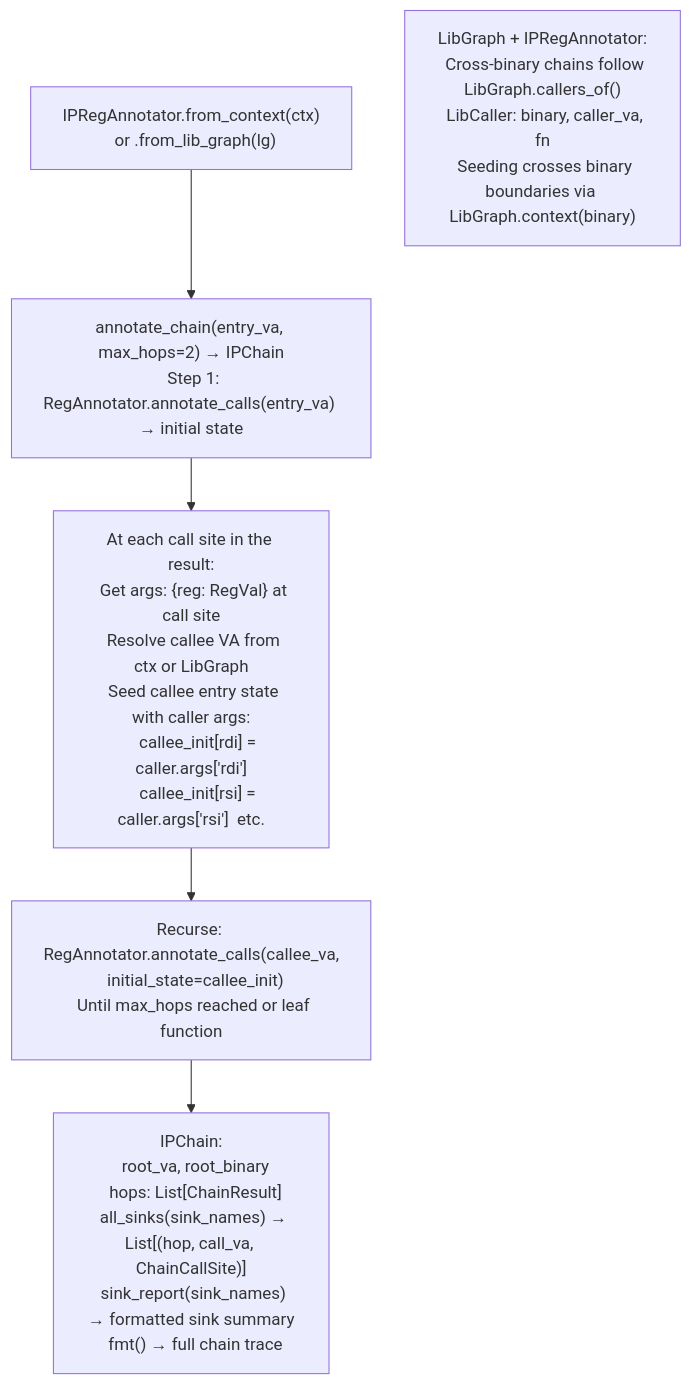
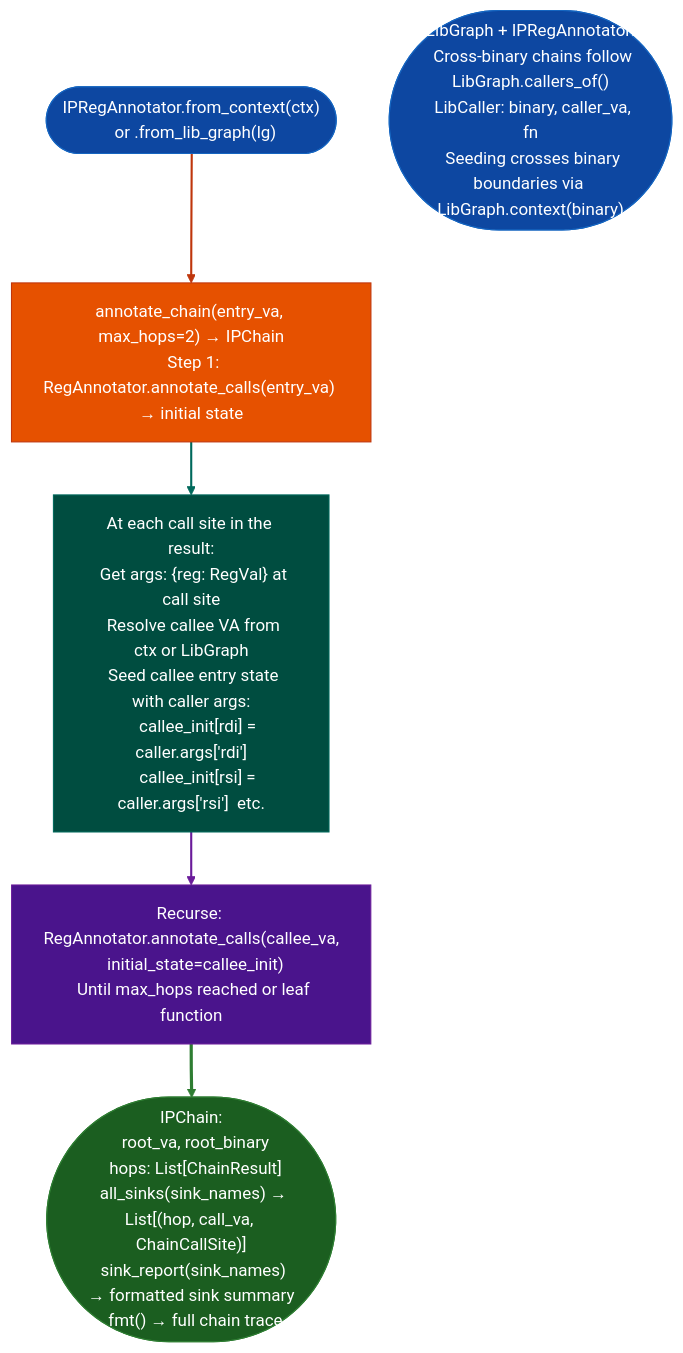
The diagram in docs/reference-modules/interprocedural-field-writer-discovery.md (Ablation-Tool/ablation), drawn with Mermaid before and after one commit. The commit also changed 320 other files, not shown here.

First line of the commit message:
docs: apply canonical Mermaid template to all 321 diagrams

````diff
--- a/docs/reference-modules/interprocedural-field-writer-discovery.md
+++ b/docs/reference-modules/interprocedural-field-writer-discovery.md
@@ -19,9 +19,19 @@
 ```mermaid
 flowchart TD
-    A["IPRegAnnotator.from_context(ctx)\n  or .from_lib_graph(lg)"] --> B["annotate_chain(entry_va, max_hops=2) → IPChain\n  Step 1: RegAnnotator.annotate_calls(entry_va) → initial state"]
-    B --> C["At each call site in the result:\n  Get args: {reg: RegVal} at call site\n  Resolve callee VA from ctx or LibGraph\n  Seed callee entry state with caller args:\n    callee_init[rdi] = caller.args['rdi']\n    callee_init[rsi] = caller.args['rsi']  etc."]
-    C --> D["Recurse: RegAnnotator.annotate_calls(callee_va,\n  initial_state=callee_init)\n  Until max_hops reached or leaf function"]
-    D --> E["IPChain:\n  root_va, root_binary\n  hops: List[ChainResult]\n  all_sinks(sink_names) → List[(hop, call_va, ChainCallSite)]\n  sink_report(sink_names) → formatted sink summary\n  fmt() → full chain trace"]
+    A(["IPRegAnnotator.from_context(ctx)\n  or .from_lib_graph(lg)"]):::input --> B["annotate_chain(entry_va, max_hops=2) → IPChain\n  Step 1: RegAnnotator.annotate_calls(entry_va) → initial state"]:::primary
+    B:::primary --> C["At each call site in the result:\n  Get args: {reg: RegVal} at call site\n  Resolve callee VA from ctx or LibGraph\n  Seed callee entry state with caller args:\n    callee_init[rdi] = caller.args['rdi']\n    callee_init[rsi] = caller.args['rsi']  etc."]:::secondary
+    C:::secondary --> D["Recurse: RegAnnotator.annotate_calls(callee_va,\n  initial_state=callee_init)\n  Until max_hops reached or leaf function"]:::tertiary
+    D:::tertiary --> E(["IPChain:\n  root_va, root_binary\n  hops: List[ChainResult]\n  all_sinks(sink_names) → List[(hop, call_va, ChainCallSite)]\n  sink_report(sink_names) → formatted sink summary\n  fmt() → full chain trace"]):::output
 
-    F["LibGraph + IPRegAnnotator:\n  Cross-binary chains follow LibGraph.callers_of()\n  LibCaller: binary, caller_va, fn\n  Seeding crosses binary boundaries via LibGraph.context(binary)"]
+    F(["LibGraph + IPRegAnnotator:\n  Cross-binary chains follow LibGraph.callers_of()\n  LibCaller: binary, caller_va, fn\n  Seeding crosses binary boundaries via LibGraph.context(binary)"]):::input
+    classDef input     fill:#0d47a1,stroke:#1565c0,color:#fff
+    classDef primary   fill:#e65100,stroke:#bf360c,color:#fff
+    classDef secondary fill:#004d40,stroke:#00695c,color:#fff
+    classDef tertiary  fill:#4a148c,stroke:#6a1b9a,color:#fff
+    classDef neutral   fill:#37474f,stroke:#546e7a,color:#fff
+    classDef output    fill:#1b5e20,stroke:#2e7d32,color:#fff
+    linkStyle 0 stroke:#bf360c,stroke-width:2px
+    linkStyle 1 stroke:#00695c,stroke-width:2px
+    linkStyle 2 stroke:#6a1b9a,stroke-width:2px
+    linkStyle 3 stroke:#2e7d32,stroke-width:3px
 ```
````
